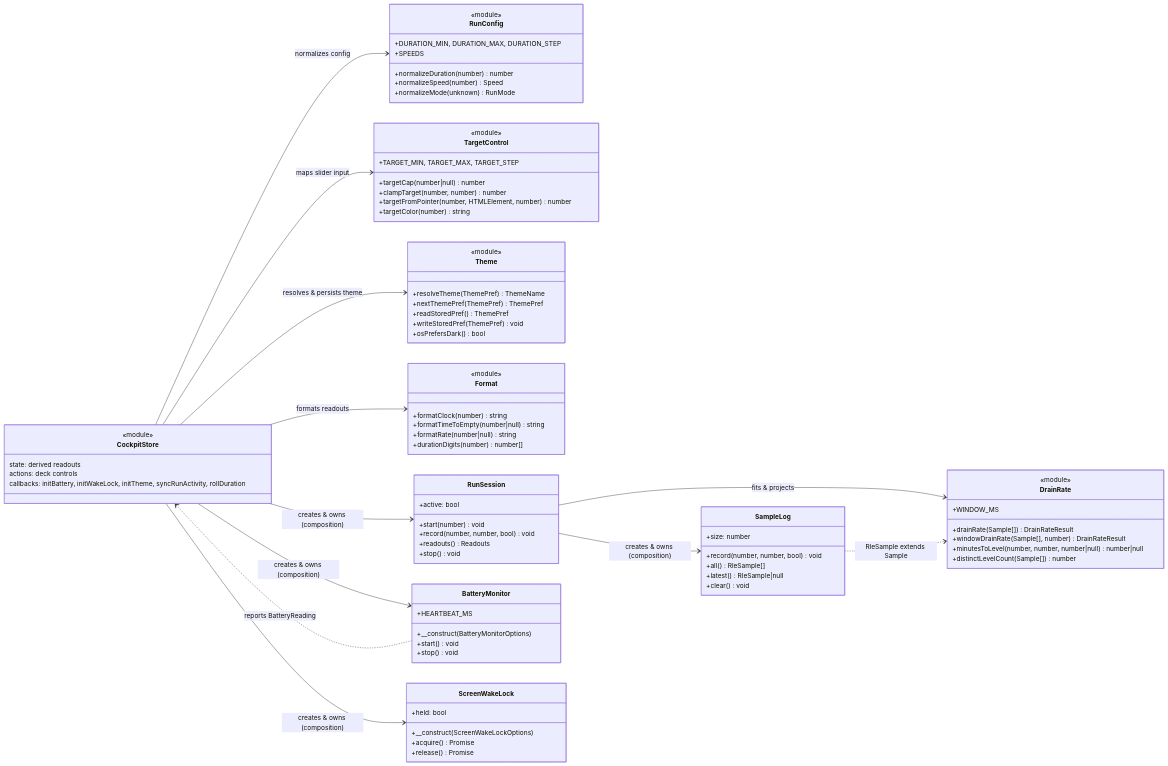
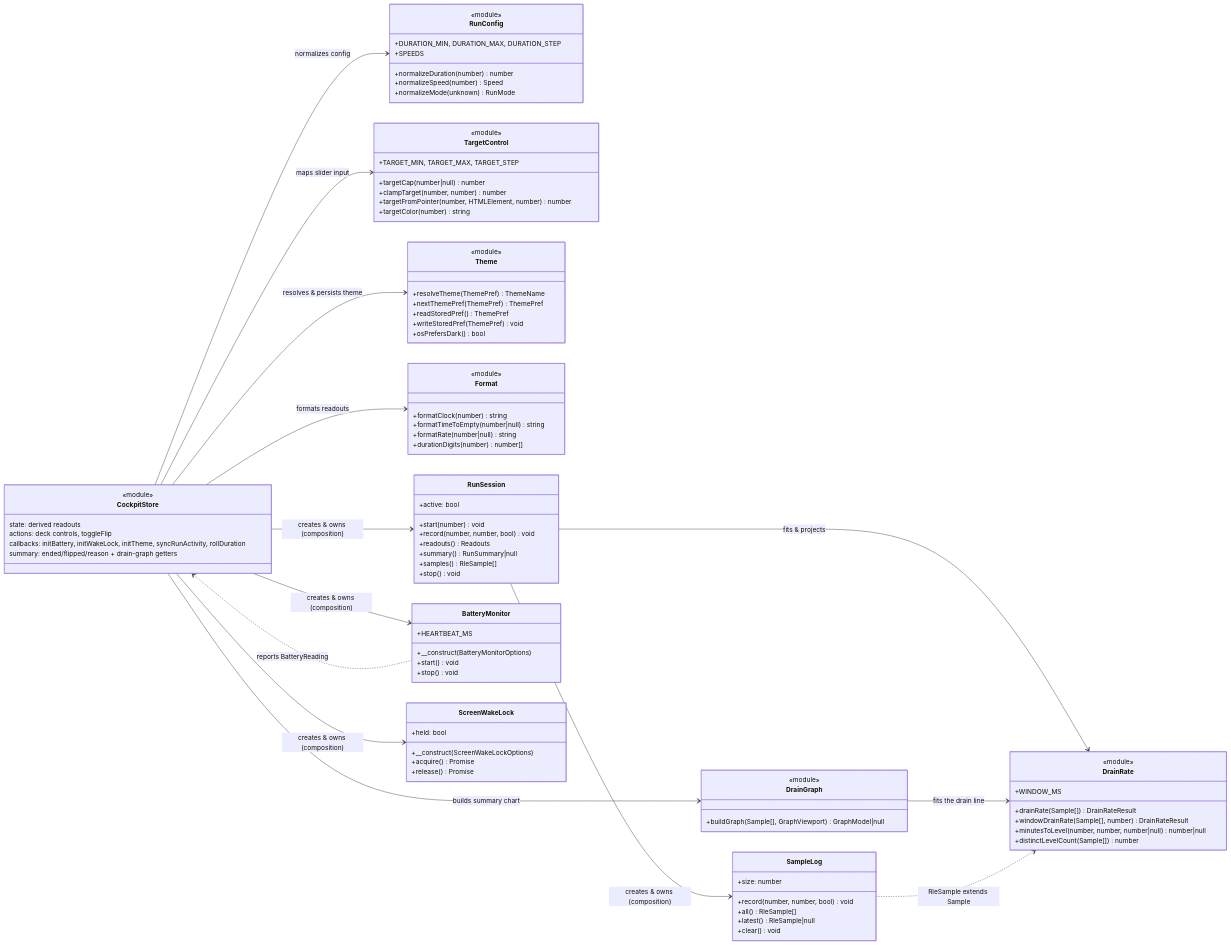
Before and after one commit to erdembircan/battery-surf-bench: the diagram in docs/contracts/cockpit-frontend-modules.mmd, drawn with Mermaid. The commit also changed 6 other files, not shown here.

First line of the commit message:
[FEAT]: render the run-summary flip card

```diff
--- a/docs/contracts/cockpit-frontend-modules.mmd
+++ b/docs/contracts/cockpit-frontend-modules.mmd
@@ -1,99 +1,109 @@
 %% Cockpit front-end modules — contract chart.
 %% The client side of the `bsb/cockpit` block: the Interactivity store and the
 %% focused domains it delegates to. Function-only modules are marked
 %% <<module>>; the rest are classes. Only the public (exported) surface is shown.
 classDiagram
     direction LR
 
     class CockpitStore {
         <<module>>
         state: derived readouts
-        actions: deck controls
+        actions: deck controls, toggleFlip
         callbacks: initBattery, initWakeLock, initTheme, syncRunActivity, rollDuration
+        summary: ended/flipped/reason + drain-graph getters
     }
 
     class RunConfig {
         <<module>>
         +normalizeDuration(number) number
         +normalizeSpeed(number) Speed
         +normalizeMode(unknown) RunMode
         +DURATION_MIN, DURATION_MAX, DURATION_STEP
         +SPEEDS
     }
 
     class TargetControl {
         <<module>>
         +targetCap(number|null) number
         +clampTarget(number, number) number
         +targetFromPointer(number, HTMLElement, number) number
         +targetColor(number) string
         +TARGET_MIN, TARGET_MAX, TARGET_STEP
     }
 
     class Theme {
         <<module>>
         +resolveTheme(ThemePref) ThemeName
         +nextThemePref(ThemePref) ThemePref
         +readStoredPref() ThemePref
         +writeStoredPref(ThemePref) void
         +osPrefersDark() bool
     }
 
     class Format {
         <<module>>
         +formatClock(number) string
         +formatTimeToEmpty(number|null) string
         +formatRate(number|null) string
         +durationDigits(number) number[]
     }
 
     class DrainRate {
         <<module>>
         +drainRate(Sample[]) DrainRateResult
         +windowDrainRate(Sample[], number) DrainRateResult
         +minutesToLevel(number, number, number|null) number|null
         +distinctLevelCount(Sample[]) number
         +WINDOW_MS
     }
 
+    class DrainGraph {
+        <<module>>
+        +buildGraph(Sample[], GraphViewport) GraphModel|null
+    }
+
     class SampleLog {
         +record(number, number, bool) void
         +all() RleSample[]
         +latest() RleSample|null
         +size: number
         +clear() void
     }
 
     class RunSession {
         +start(number) void
         +active: bool
         +record(number, number, bool) void
         +readouts() Readouts
+        +summary() RunSummary|null
+        +samples() RleSample[]
         +stop() void
     }
 
     class BatteryMonitor {
         +__construct(BatteryMonitorOptions)
         +start() void
         +stop() void
         +HEARTBEAT_MS
     }
 
     class ScreenWakeLock {
         +__construct(ScreenWakeLockOptions)
         +acquire() Promise
         +release() Promise
         +held: bool
     }
 
     CockpitStore --> RunConfig : normalizes config
     CockpitStore --> TargetControl : maps slider input
     CockpitStore --> Theme : resolves & persists theme
     CockpitStore --> Format : formats readouts
     CockpitStore --> BatteryMonitor : creates & owns (composition)
     CockpitStore --> ScreenWakeLock : creates & owns (composition)
     CockpitStore --> RunSession : creates & owns (composition)
     BatteryMonitor ..> CockpitStore : reports BatteryReading
+    CockpitStore --> DrainGraph : builds summary chart
     RunSession --> SampleLog : creates & owns (composition)
     RunSession --> DrainRate : fits & projects
+    DrainGraph --> DrainRate : fits the drain line
     SampleLog ..> DrainRate : RleSample extends Sample
```
